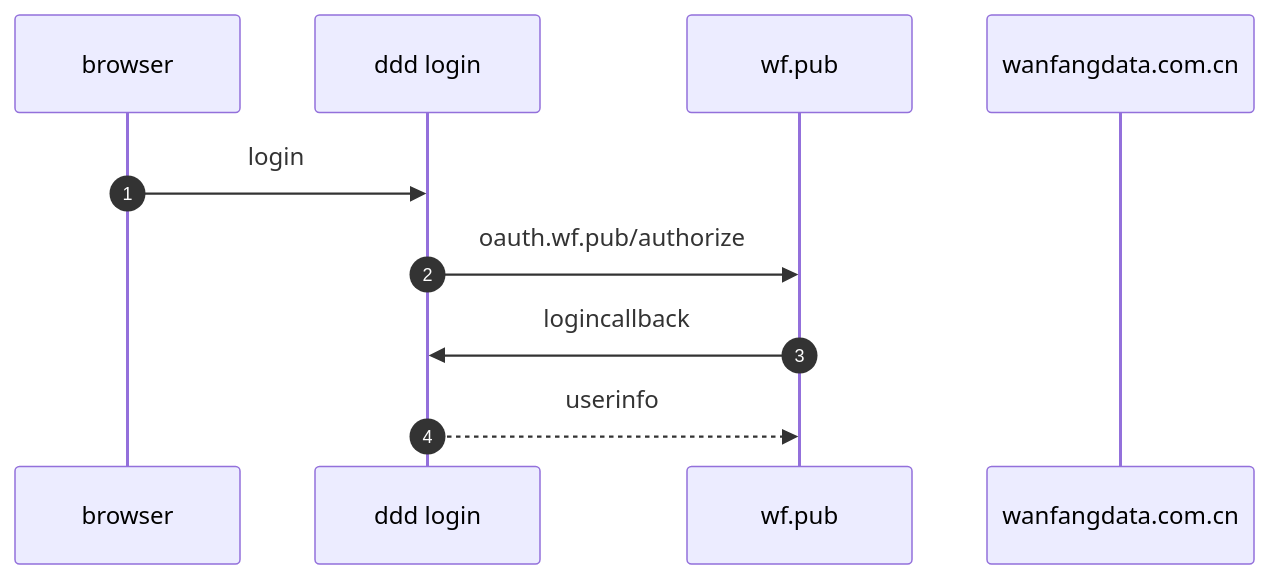
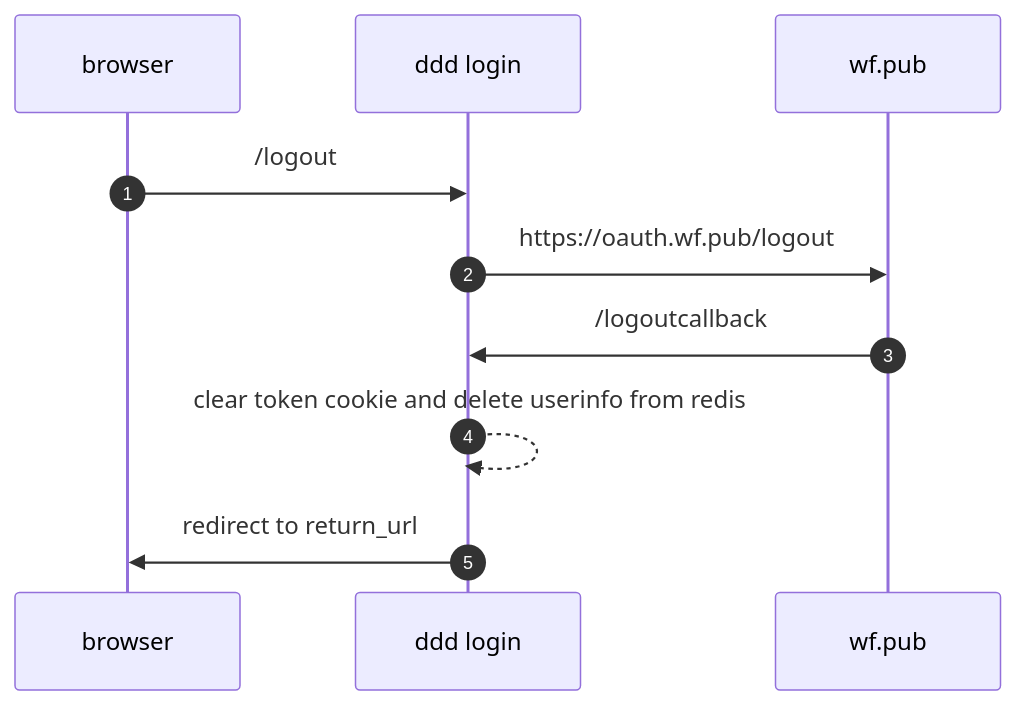
One commit to eprom2006/wf-mysql-ddd changed the third of 3 diagrams in README.md. Above: the diagram before and after it, drawn with Mermaid. The commit also changed other lines of this file, not shown here.

````diff
--- a/README.md
+++ b/README.md
@@ -191,14 +223,14 @@
 ```mermaid
 sequenceDiagram
 autonumber
     participant b as browser
     participant d as ddd login
     participant w as wf.pub
-    participant m as wanfangdata.com.cn
 
-    b->>d:login
-    d->>w:oauth.wf.pub/authorize
-    w->>d:logincallback
-    d-->>w:userinfo
+    b->>d:/logout
+    d->>w:https://oauth.wf.pub/logout
+    w->>d:/logoutcallback
+    d-->>d:clear token cookie and delete userinfo from redis
+    d->>b:redirect to return_url
 
 ```
````
